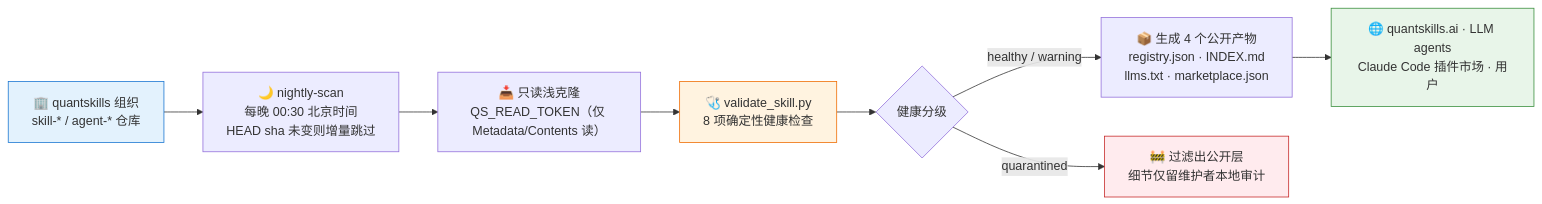
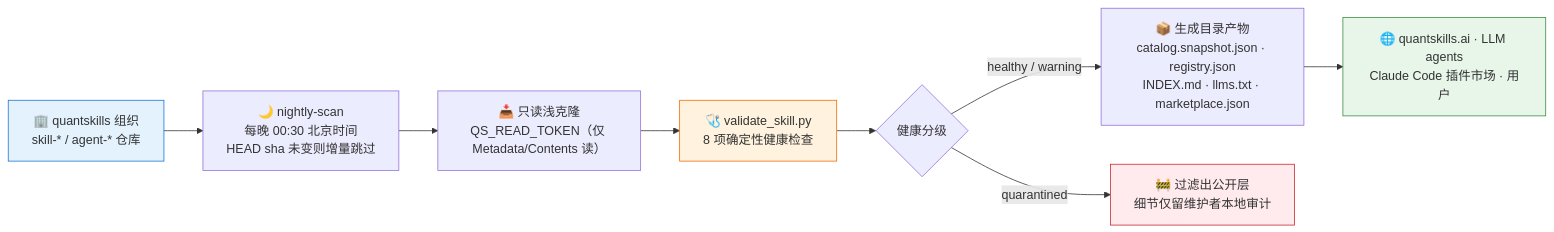
One commit to quantskills/registry changed the diagram in README.md. Above: the diagram before and after it, drawn with Mermaid. The commit also changed other lines of this file and 6 other files, not shown here.

Commit message:
docs(registry): publish catalog contract v2 guide

````diff
--- a/README.md
+++ b/README.md
@@ -37,15 +37,15 @@
 ```mermaid
 flowchart LR
     A["🏢 quantskills 组织<br/>skill-* / agent-* 仓库"] --> B["🌙 nightly-scan<br/>每晚 00:30 北京时间<br/>HEAD sha 未变则增量跳过"]
     B --> C["📥 只读浅克隆<br/>QS_READ_TOKEN（仅 Metadata/Contents 读）"]
     C --> D["🩺 validate_skill.py<br/>8 项确定性健康检查"]
     D --> E{"健康分级"}
-    E -->|"healthy / warning"| F["📦 生成 4 个公开产物<br/>registry.json · INDEX.md<br/>llms.txt · marketplace.json"]
+    E -->|"healthy / warning"| F["📦 生成目录产物<br/>catalog.snapshot.json · registry.json<br/>INDEX.md · llms.txt · marketplace.json"]
     E -->|"quarantined"| G["🚧 过滤出公开层<br/>细节仅留维护者本地审计"]
     F --> H["🌐 quantskills.ai · LLM agents<br/>Claude Code 插件市场 · 用户"]
 
     style A fill:#e3f2fd,stroke:#1976d2
     style D fill:#fff3e0,stroke:#ef6c00
     style G fill:#ffebee,stroke:#c62828
     style H fill:#e8f5e9,stroke:#388e3c
 ```
````
